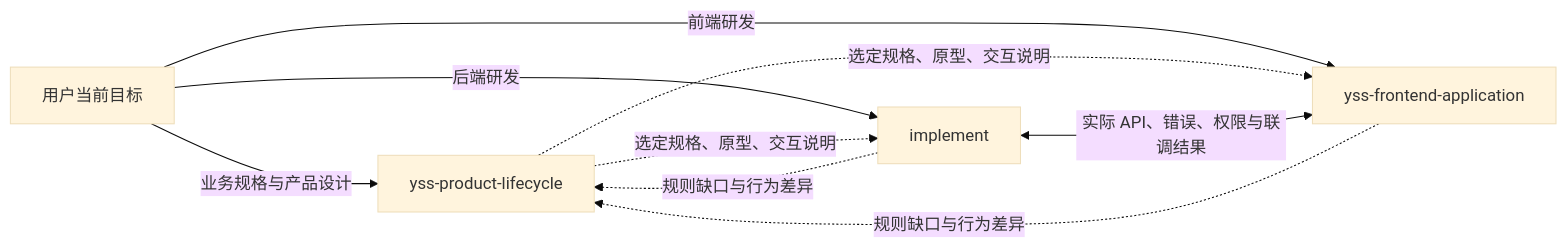
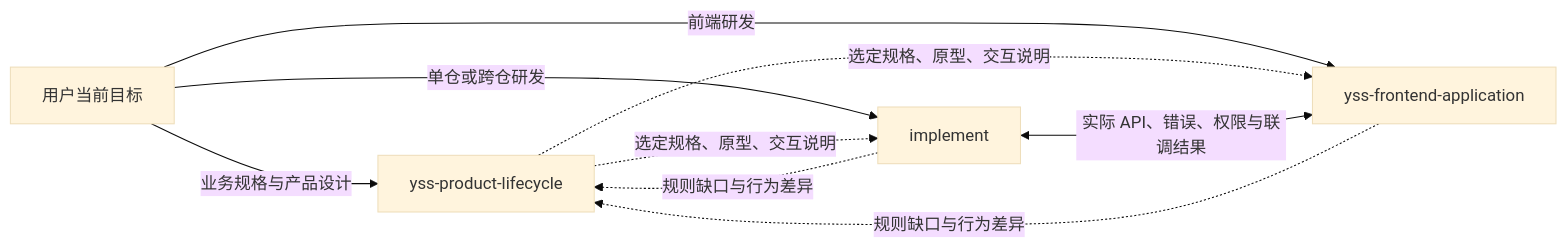
The diagram in profiles/backend/.template-spec/agents/profile-skills.md (iloveZzz/yss-spec-project-template), drawn with Mermaid (base theme) before and after one commit. The commit also changed other lines of this file and 31 other files, not shown here.

````diff
--- a/profiles/backend/.template-spec/agents/profile-skills.md
+++ b/profiles/backend/.template-spec/agents/profile-skills.md
@@ -102,11 +111,11 @@
 ```mermaid
 flowchart LR
   U[用户当前目标] -->|业务规格与产品设计| S[yss-product-lifecycle]
-  U -->|后端研发| B[implement]
+  U -->|单仓或跨仓研发| B[implement]
   U -->|前端研发| F[yss-frontend-application]
   S -.选定规格、原型、交互说明.-> B
   S -.选定规格、原型、交互说明.-> F
   B <-->|实际 API、错误、权限与联调结果| F
   B -.规则缺口与行为差异.-> S
   F -.规则缺口与行为差异.-> S
 ```
````
